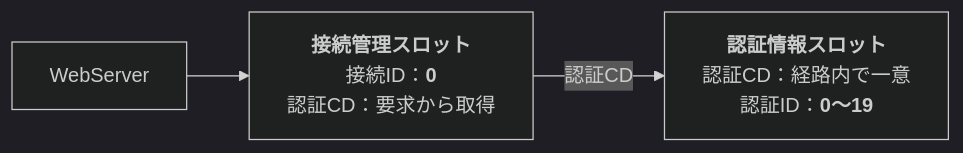
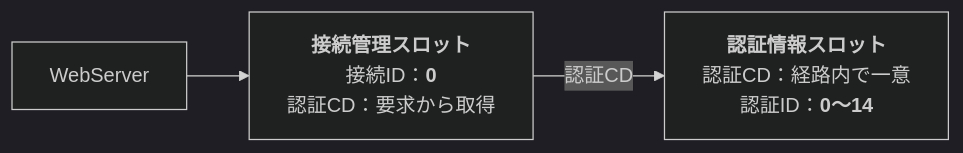
The third of 3 diagrams in ファームウェア/ファームウェア/mmp/doc/00-02_通信情報管理.md (kureha001/MMP), drawn with Mermaid (dark theme) before and after one commit. The commit also changed other lines of this file and 7 other files, not shown here.

````diff
--- a/ファームウェア/ファームウェア/mmp/doc/00-02_通信情報管理.md
+++ b/ファームウェア/ファームウェア/mmp/doc/00-02_通信情報管理.md
@@ -45,6 +46,6 @@
 ```mermaid
 flowchart LR
     H["WebServer"]
     H --> C["<b>接続管理スロット</b><br>接続ID：<b>0</b><br>認証CD：要求から取得"]
-    C -->|認証CD| A["<b>認証情報スロット</b><br>認証CD：経路内で一意<br>認証ID：<b>0～19</b>"]
+    C -->|認証CD| A["<b>認証情報スロット</b><br>認証CD：経路内で一意<br>認証ID：<b>0～14</b>"]
 ```
````
